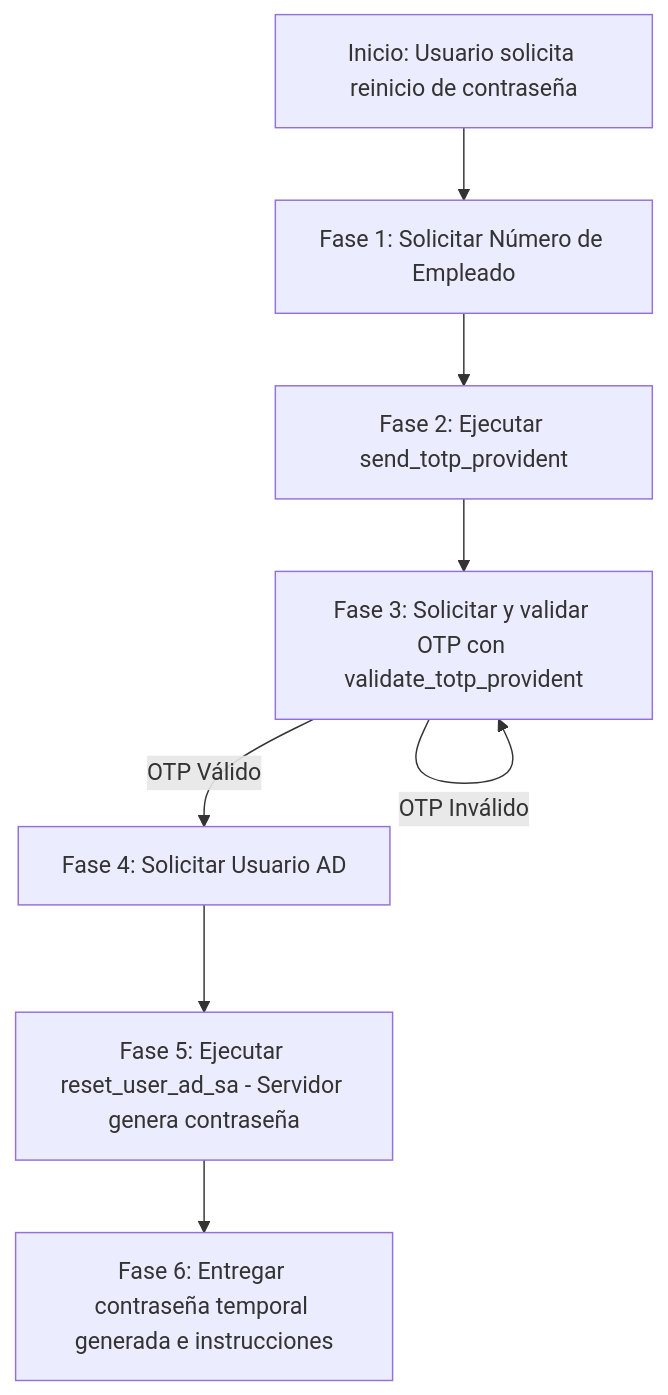
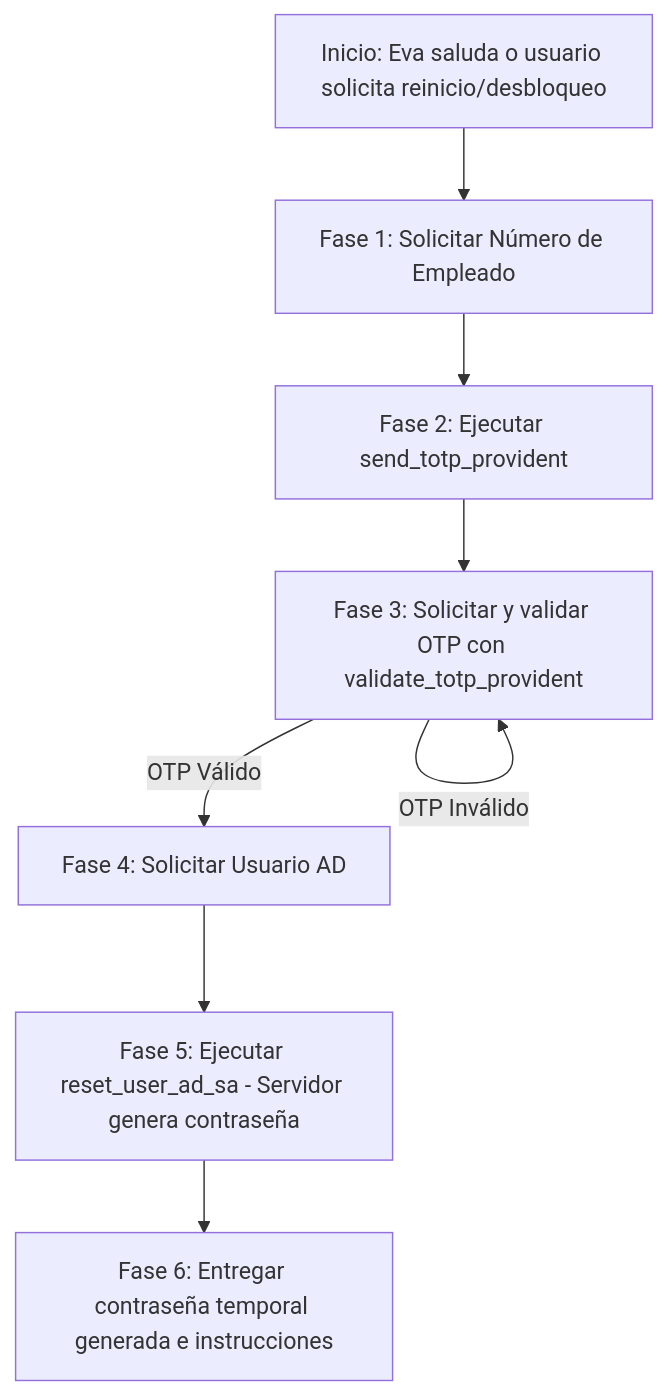
Before and after one commit to mamartiner07/MCP-PROV: the diagram in SYSTEM_PROMPT.md, drawn with Mermaid. The commit also changed other lines of this file and 3 other files, not shown here.

````diff
--- a/SYSTEM_PROMPT.md
+++ b/SYSTEM_PROMPT.md
@@ -35,10 +47,10 @@
 ```mermaid
 graph TD
-    A[Inicio: Usuario solicita reinicio de contraseña] --> B[Fase 1: Solicitar Número de Empleado]
+    A[Inicio: Eva saluda o usuario solicita reinicio/desbloqueo] --> B[Fase 1: Solicitar Número de Empleado]
     B --> C[Fase 2: Ejecutar send_totp_provident]
     C --> D[Fase 3: Solicitar y validar OTP con validate_totp_provident]
     D -- OTP Válido --> E[Fase 4: Solicitar Usuario AD]
     D -- OTP Inválido --> D
     E --> F[Fase 5: Ejecutar reset_user_ad_sa - Servidor genera contraseña]
     F --> G[Fase 6: Entregar contraseña temporal generada e instrucciones]
 ```
````
